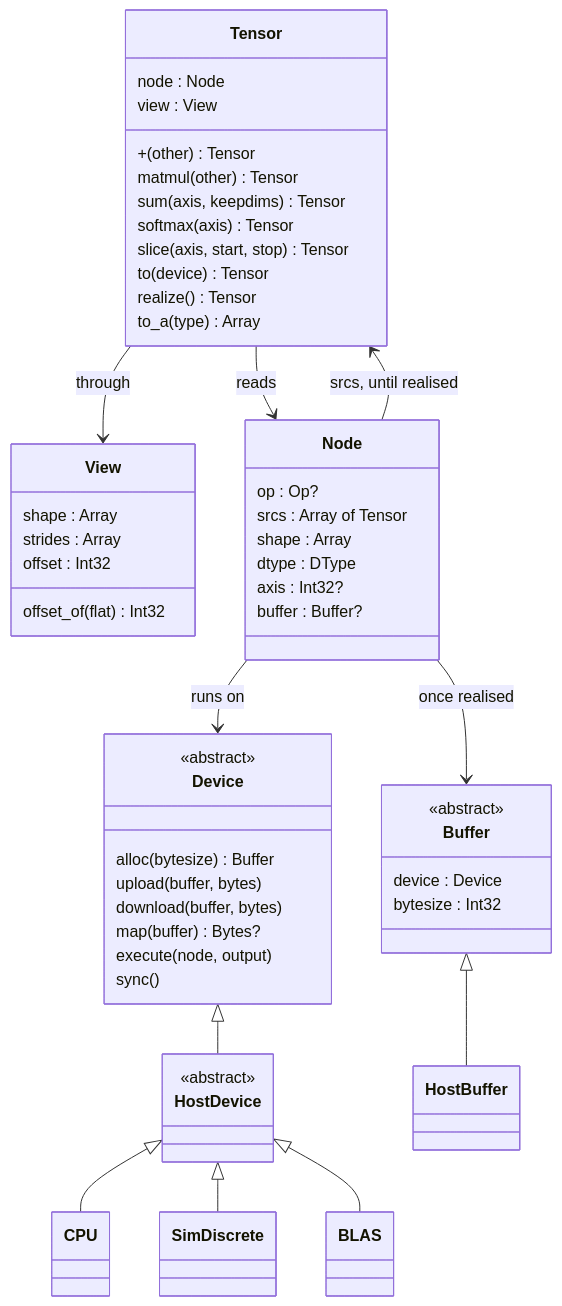
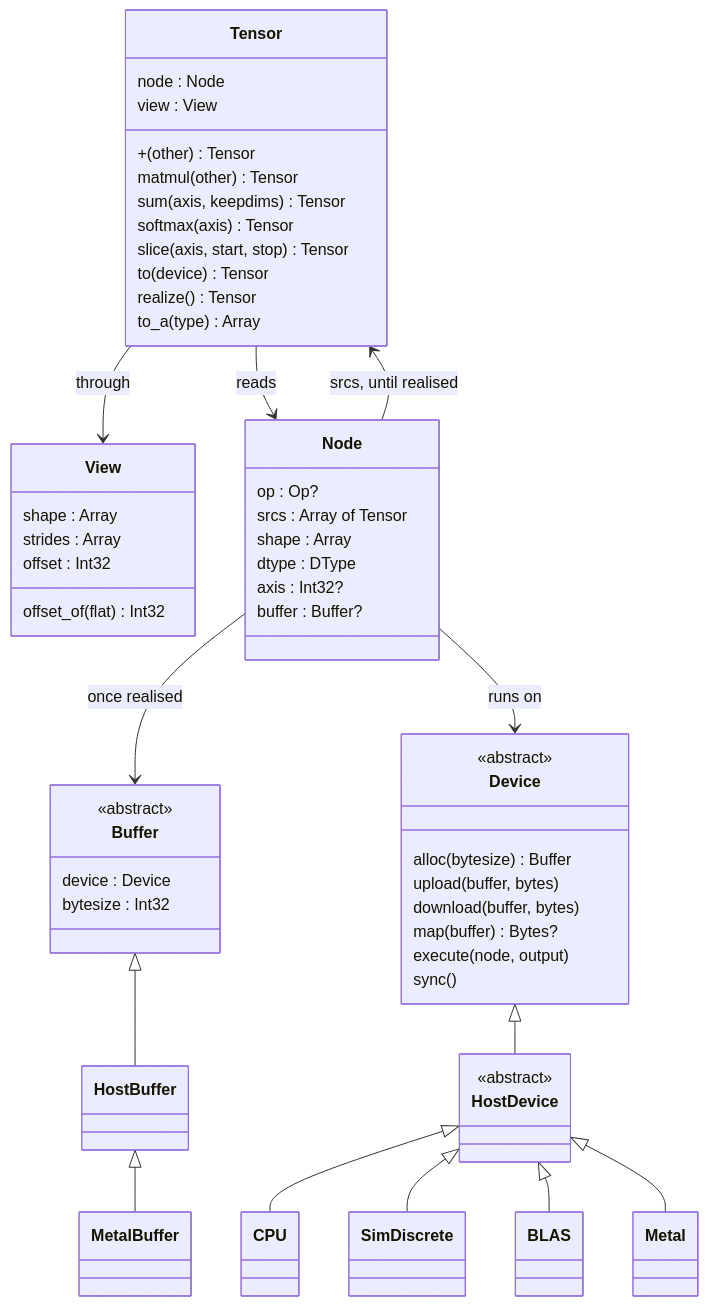
One commit to nogginly/tensomite.cr changed the second of 20 diagrams in DESIGN.md. Above: the diagram before and after it, drawn with Mermaid. The commit also changed other lines of this file and 11 other files, not shown here.

First line of the commit message:
Add the Metal device with elementwise kernels

````diff
--- a/DESIGN.md
+++ b/DESIGN.md
@@ -52,56 +55,58 @@
 ```mermaid
 classDiagram
     class Tensor {
         node : Node
         view : View
         +(other) Tensor
         matmul(other) Tensor
         sum(axis, keepdims) Tensor
         softmax(axis) Tensor
         slice(axis, start, stop) Tensor
         to(device) Tensor
         realize() Tensor
         to_a(type) Array
     }
     class View {
         shape : Array
         strides : Array
         offset : Int32
         offset_of(flat) Int32
     }
     class Node {
         op : Op?
         srcs : Array of Tensor
         shape : Array
         dtype : DType
         axis : Int32?
         buffer : Buffer?
     }
     class Device {
         <<abstract>>
         alloc(bytesize) Buffer
         upload(buffer, bytes)
         download(buffer, bytes)
         map(buffer) Bytes?
         execute(node, output)
         sync()
     }
     class Buffer {
         <<abstract>>
         device : Device
         bytesize : Int32
     }
     class HostDevice {
         <<abstract>>
     }
     Tensor --> Node : reads
     Tensor --> View : through
     Node --> Tensor : srcs, until realised
     Node --> Buffer : once realised
     Node --> Device : runs on
     Device <|-- HostDevice
     HostDevice <|-- CPU
     HostDevice <|-- SimDiscrete
     HostDevice <|-- BLAS
+    HostDevice <|-- Metal
     Buffer <|-- HostBuffer
+    HostBuffer <|-- MetalBuffer
 ```
````
